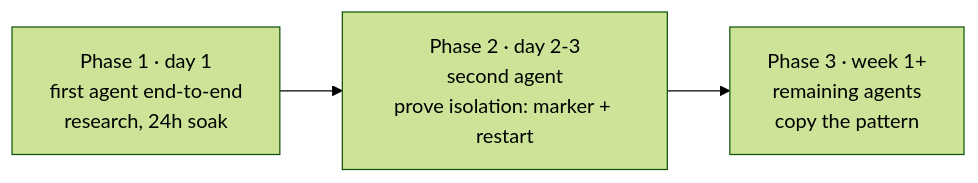
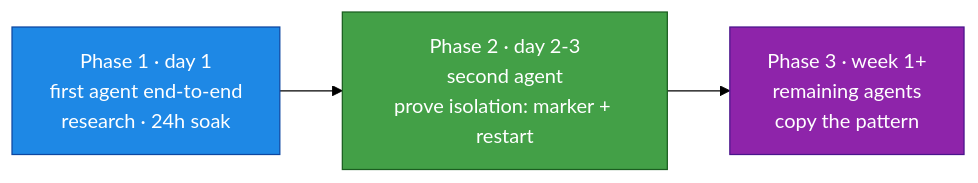
The diagram in docs/05-deployment.md (mpolatcan/hermes-setup), drawn with Mermaid (forest theme) before and after one commit. The commit also changed 8 other files, not shown here.

First line of the commit message:
docs: Material Design styling on all diagrams + ASCII→mermaid

````diff
--- a/docs/05-deployment.md
+++ b/docs/05-deployment.md
@@ -7,5 +7,8 @@
 ```mermaid
 flowchart LR
-    P1["Phase 1 · day 1<br/>first agent end-to-end<br/>research, 24h soak"] --> P2["Phase 2 · day 2-3<br/>second agent<br/>prove isolation: marker + restart"]
-    P2 --> P3["Phase 3 · week 1+<br/>remaining agents<br/>copy the pattern"]
+    P1["Phase 1 · day 1<br/>first agent end-to-end<br/>research · 24h soak"]:::p1 --> P2["Phase 2 · day 2-3<br/>second agent<br/>prove isolation: marker + restart"]:::p2
+    P2 --> P3["Phase 3 · week 1+<br/>remaining agents<br/>copy the pattern"]:::p3
+    classDef p1 fill:#1E88E5,stroke:#0D47A1,color:#fff
+    classDef p2 fill:#43A047,stroke:#1B5E20,color:#fff
+    classDef p3 fill:#8E24AA,stroke:#4A148C,color:#fff
 ```
````
